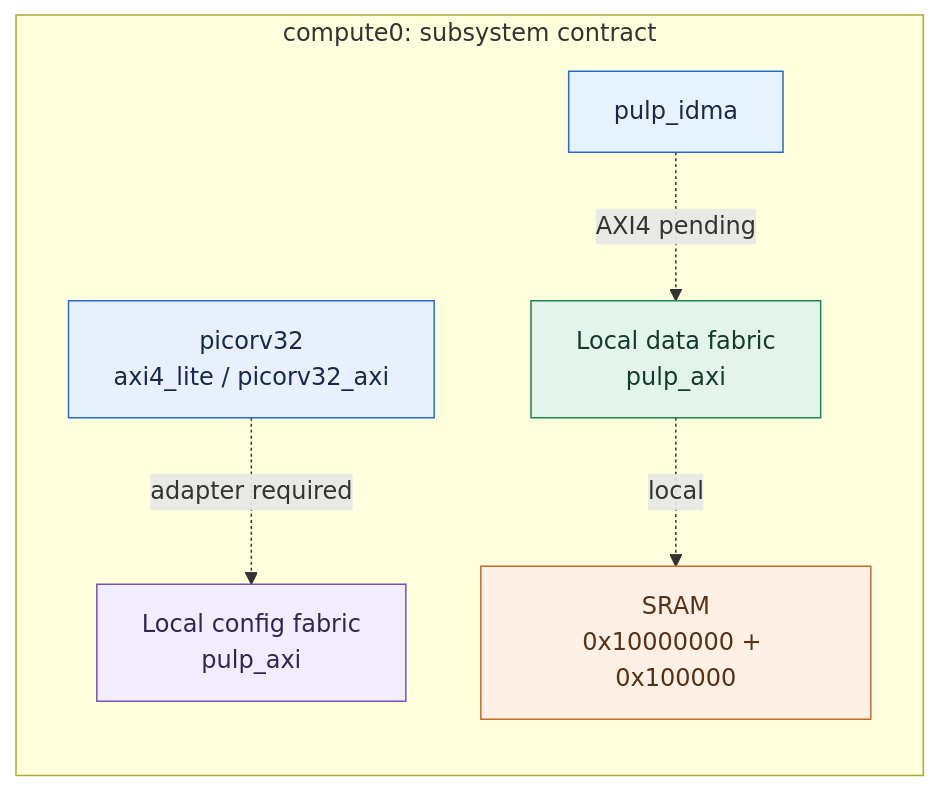
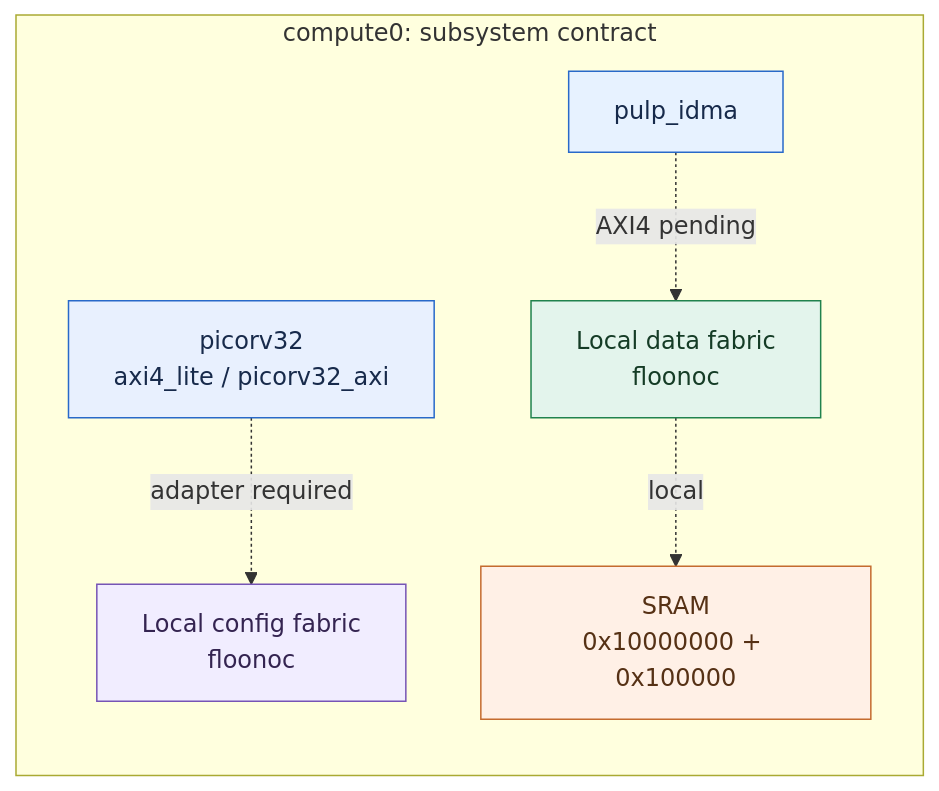
One commit to r987r/xezim-hello-world changed the diagram in gen/diagrams/subsystems/compute0.mmd. Above: the diagram before and after it, drawn with Mermaid. The commit also changed 10 other files, not shown here.

Commit message:
Regenerate SoC diagrams for unified FlooNoC topology

```diff
--- a/gen/diagrams/subsystems/compute0.mmd
+++ b/gen/diagrams/subsystems/compute0.mmd
@@ -1,19 +1,19 @@
 flowchart TB
   classDef cpu fill:#e8f0fe,stroke:#2869c9,color:#172a4b,stroke-width:1px;
   classDef dma fill:#e7f2ff,stroke:#2869c9,color:#172a4b,stroke-width:1px;
   classDef fabric fill:#e3f4ec,stroke:#20824e,color:#153c26,stroke-width:1px;
   classDef memory fill:#fff0e6,stroke:#c46b2f,color:#563115,stroke-width:1px;
   classDef config fill:#f1edff,stroke:#7654b5,color:#342451,stroke-width:1px;
   classDef verification fill:#e3f4ec,stroke:#20824e,color:#153c26,stroke-width:1px;
   classDef model fill:#f2f2f2,stroke:#888888,color:#333333,stroke-width:1px;
   subgraph compute0_subsystem["compute0: subsystem contract"]
     direction TB
     compute0_cpu["picorv32<br/>axi4_lite / picorv32_axi"]:::cpu
     compute0_dma["pulp_idma"]:::dma
-    compute0_data["Local data fabric<br/>pulp_axi"]:::fabric
-    compute0_config["Local config fabric<br/>pulp_axi"]:::config
+    compute0_data["Local data fabric<br/>floonoc"]:::fabric
+    compute0_config["Local config fabric<br/>floonoc"]:::config
     compute0_sram["SRAM<br/>0x10000000 + 0x100000"]:::memory
   end
   compute0_cpu -.->|adapter required| compute0_config
   compute0_dma -.->|AXI4 pending| compute0_data
   compute0_data -.->|local| compute0_sram
```
